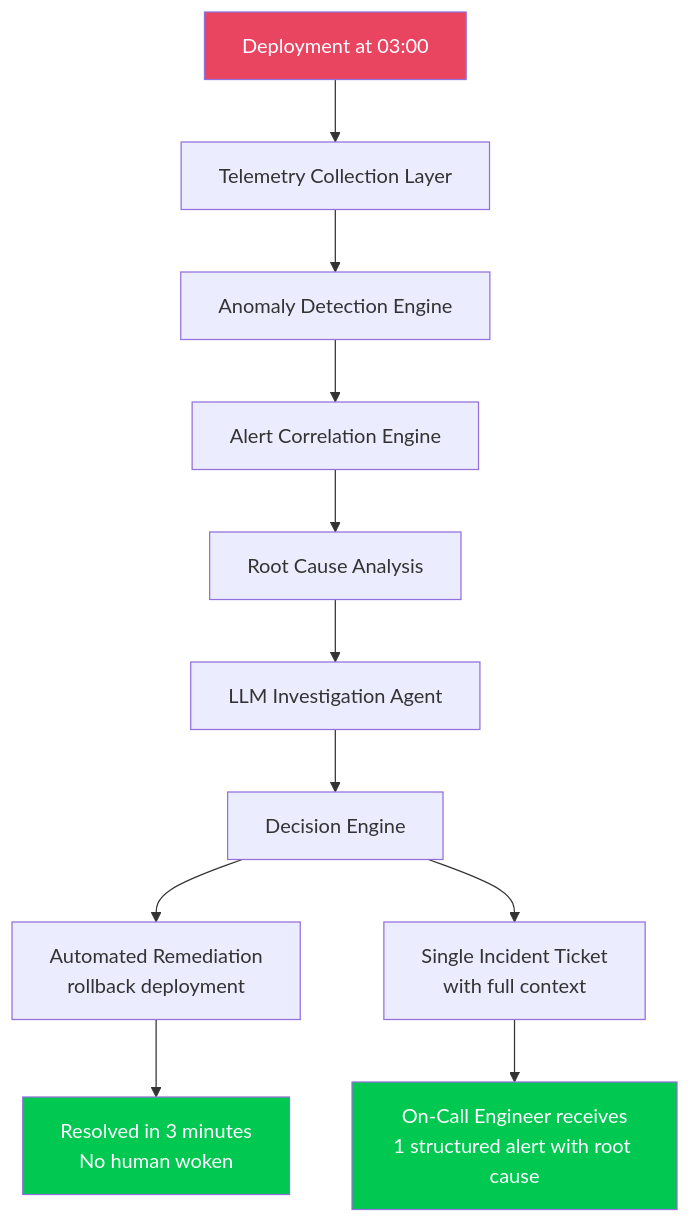
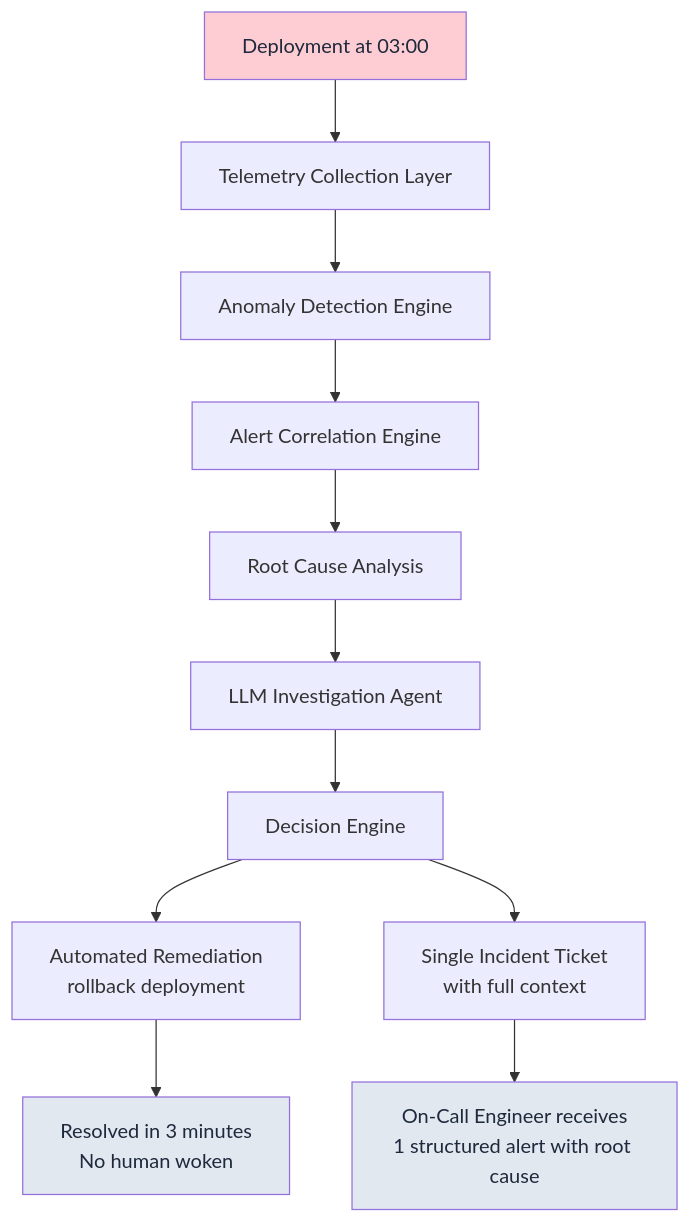
The second of 10 diagrams in docs/en/00-introduction.md (XUanhoa04/aiops-engineering-handbook), drawn with Mermaid before and after one commit. The commit also changed other lines of this file and 39 other files, not shown here.

First line of the commit message:
docs: concept-first Ch.08-12, collapse code, soft Mermaid colors

````diff
--- a/docs/en/00-introduction.md
+++ b/docs/en/00-introduction.md
@@ -165,19 +165,19 @@
 ```mermaid
 graph TD
     DEP[Deployment at 03:00] --> COLLECT[Telemetry Collection Layer]
     COLLECT --> AD[Anomaly Detection Engine]
     AD --> CORR[Alert Correlation Engine]
     CORR --> RCA[Root Cause Analysis]
     RCA --> LLM[LLM Investigation Agent]
     LLM --> DEC[Decision Engine]
 
     DEC --> AUTO[Automated Remediation\nrollback deployment]
     DEC --> TICKET[Single Incident Ticket\nwith full context]
 
     AUTO --> RESOLVED[Resolved in 3 minutes\nNo human woken]
     TICKET --> ENG[On-Call Engineer receives\n1 structured alert with root cause]
 
-    style DEP fill:#e94560,color:#fff
-    style RESOLVED fill:#00c851,color:#fff
-    style ENG fill:#00c851,color:#fff
+    style DEP fill:#fecdd3,color:#1e293b
+    style RESOLVED fill:#e2e8f0,color:#1e293b
+    style ENG fill:#e2e8f0,color:#1e293b
 ```
````
